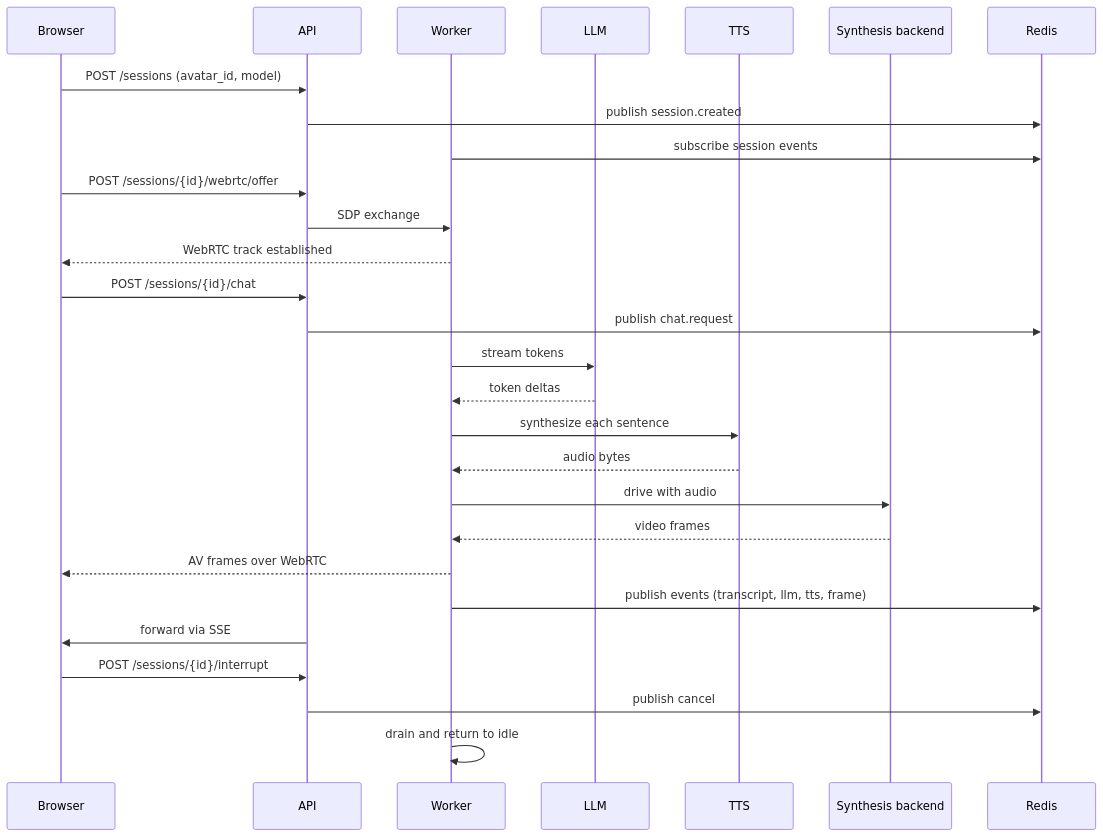
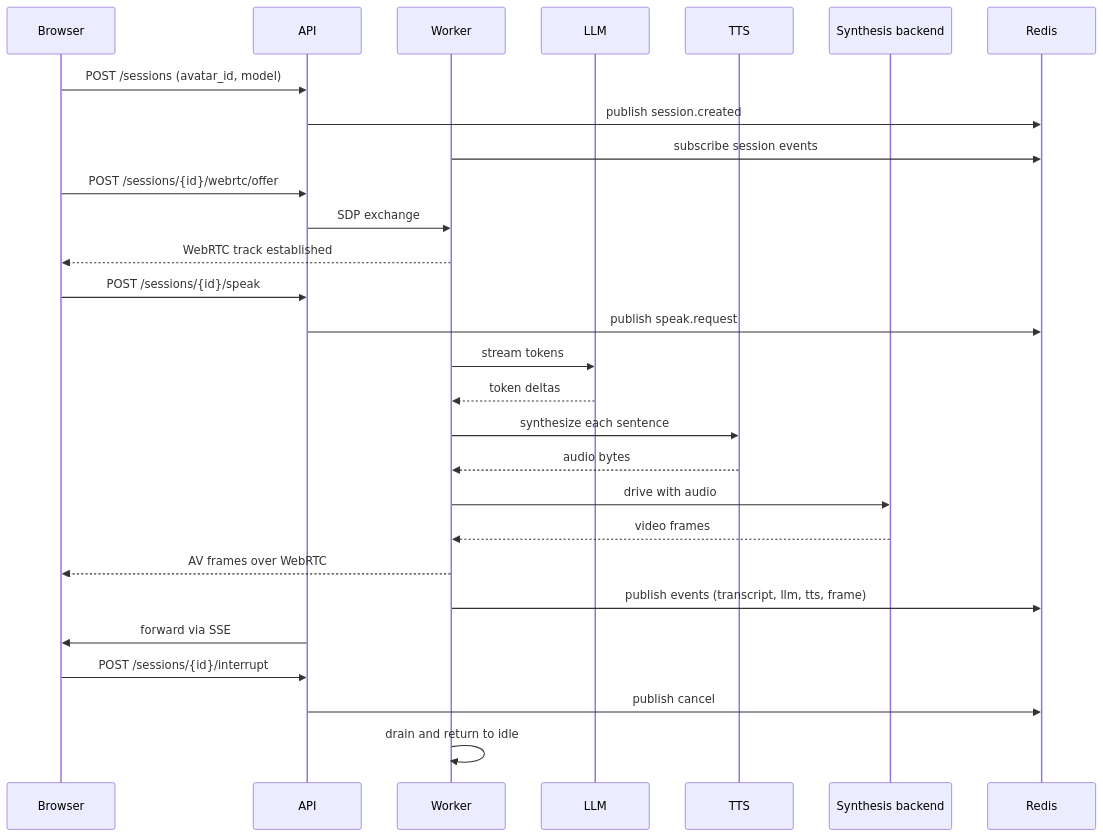
One commit to datascale-ai/opentalking changed the third of 3 diagrams in docs/en/developer-guide/architecture.md. Above: the diagram before and after it, drawn with Mermaid. The commit also changed other lines of this file and 50 other files, not shown here.

````diff
--- a/docs/en/developer-guide/architecture.md
+++ b/docs/en/developer-guide/architecture.md
@@ -79,33 +79,33 @@
 ```mermaid
 sequenceDiagram
     participant Browser
     participant API
     participant Worker
     participant LLM
     participant TTS
     participant Model as Synthesis backend
     participant Redis
 
     Browser->>API: POST /sessions (avatar_id, model)
     API->>Redis: publish session.created
     Worker->>Redis: subscribe session events
     Browser->>API: POST /sessions/{id}/webrtc/offer
     API->>Worker: SDP exchange
     Worker-->>Browser: WebRTC track established
 
-    Browser->>API: POST /sessions/{id}/chat
-    API->>Redis: publish chat.request
+    Browser->>API: POST /sessions/{id}/speak
+    API->>Redis: publish speak.request
     Worker->>LLM: stream tokens
     LLM-->>Worker: token deltas
     Worker->>TTS: synthesize each sentence
     TTS-->>Worker: audio bytes
     Worker->>Model: drive with audio
     Model-->>Worker: video frames
     Worker-->>Browser: AV frames over WebRTC
     Worker->>Redis: publish events (transcript, llm, tts, frame)
     API->>Browser: forward via SSE
 
     Browser->>API: POST /sessions/{id}/interrupt
     API->>Redis: publish cancel
     Worker->>Worker: drain and return to idle
 ```
````
